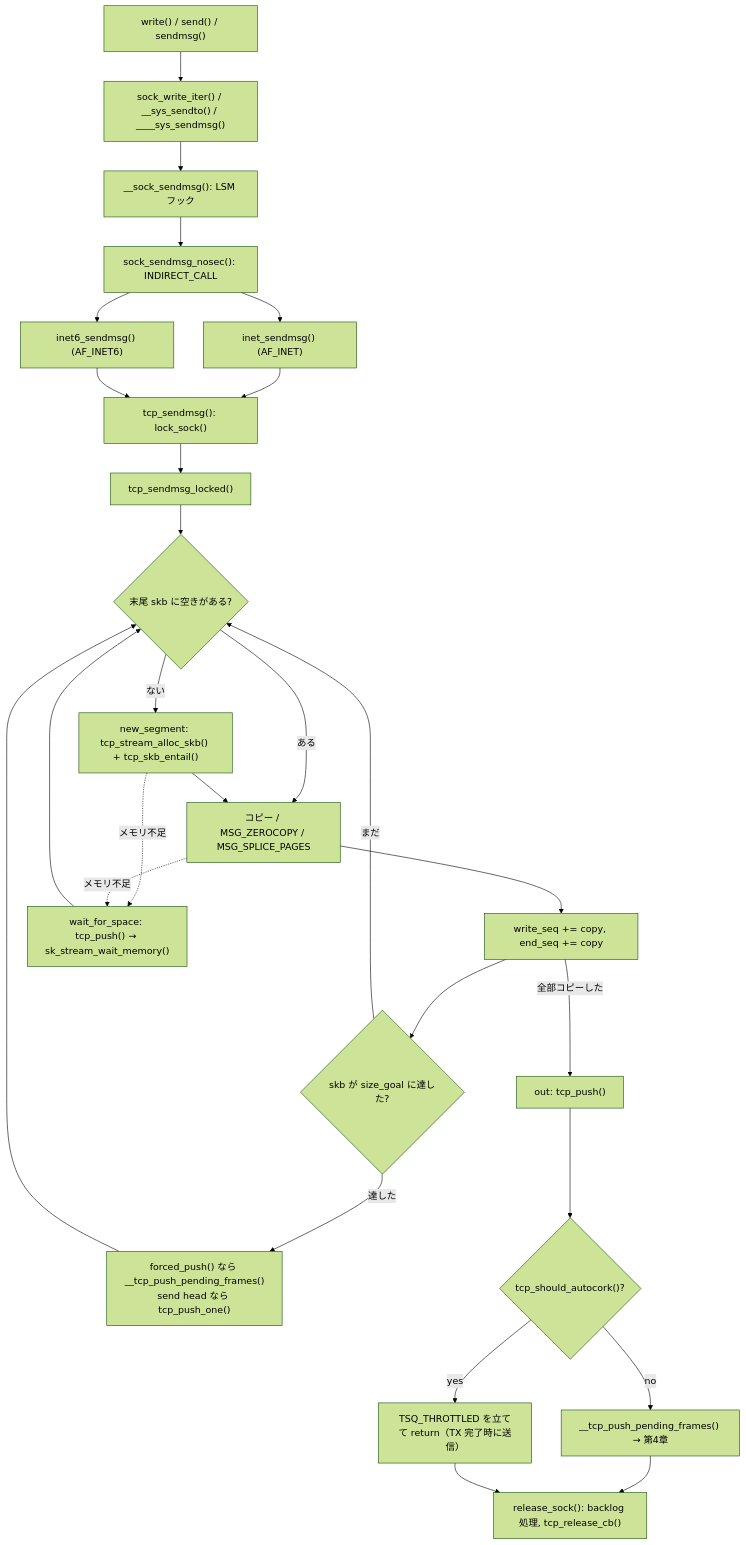
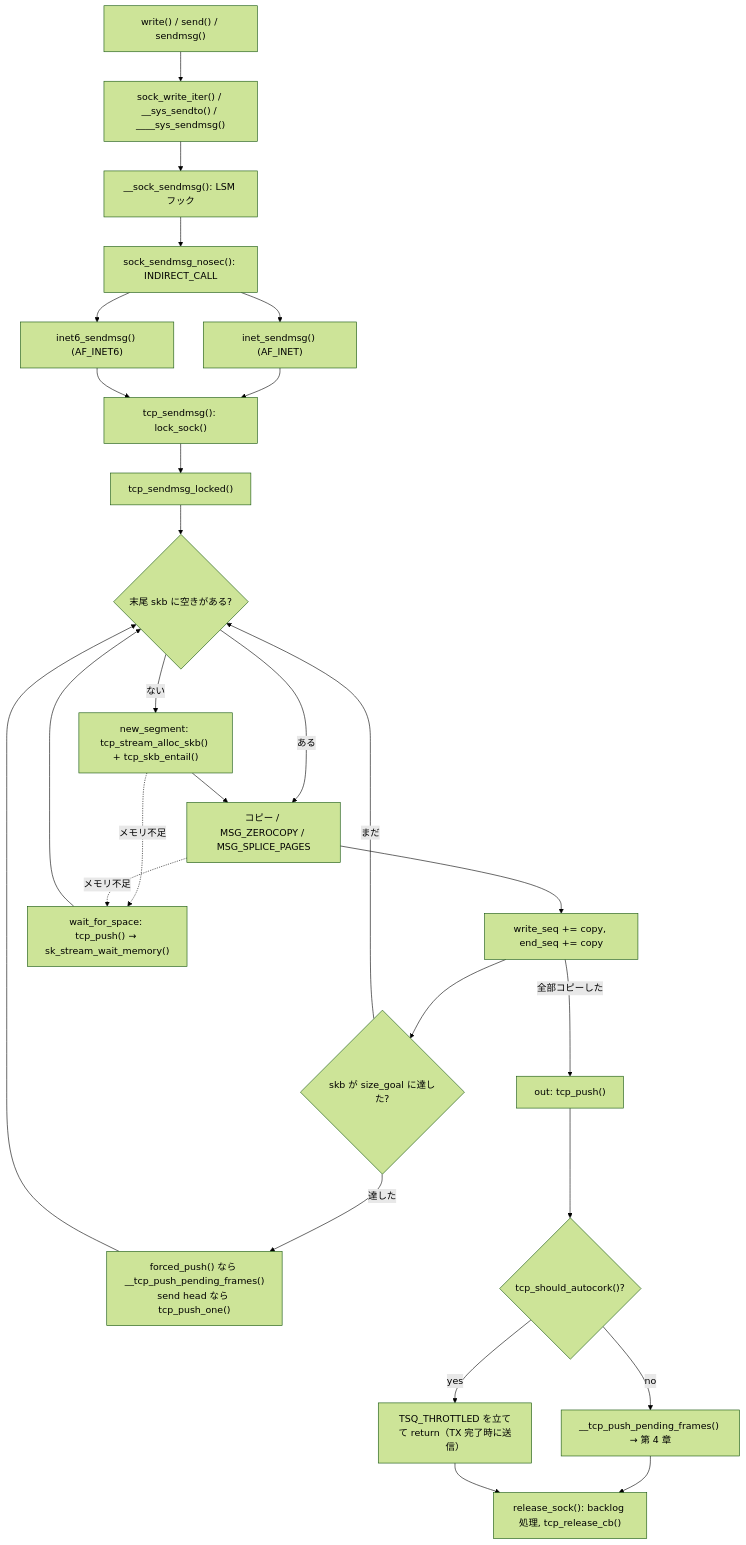
The diagram in ja/03-sendmsg.md (q2ven/tcp-eli5), drawn with Mermaid (forest theme) before and after one commit. The commit also changed other lines of this file and 42 other files, not shown here.

````diff
--- a/ja/03-sendmsg.md
+++ b/ja/03-sendmsg.md
@@ -91,29 +91,29 @@
 ```mermaid
 flowchart TD
     A["write() / send() / sendmsg()"] --> B["sock_write_iter() / __sys_sendto() / ____sys_sendmsg()"]
     B --> C["__sock_sendmsg(): LSM フック"]
     C --> D["sock_sendmsg_nosec(): INDIRECT_CALL"]
     D --> E4["inet_sendmsg() (AF_INET)"]
     D --> E6["inet6_sendmsg() (AF_INET6)"]
     E4 --> F["tcp_sendmsg(): lock_sock()"]
     E6 --> F
     F --> G["tcp_sendmsg_locked()"]
     G --> H{"末尾 skb に空きがある?"}
     H -- "ない" --> I["new_segment: tcp_stream_alloc_skb() + tcp_skb_entail()"]
     H -- "ある" --> J["コピー / MSG_ZEROCOPY / MSG_SPLICE_PAGES"]
     I --> J
     J --> K["write_seq += copy, end_seq += copy"]
     K --> L{"skb が size_goal に達した?"}
     L -- "まだ" --> H
     L -- "達した" --> M["forced_push() なら __tcp_push_pending_frames()<br/>send head なら tcp_push_one()"]
     M --> H
     I -. "メモリ不足" .-> W["wait_for_space: tcp_push() → sk_stream_wait_memory()"]
     J -. "メモリ不足" .-> W
     W --> H
     K -- "全部コピーした" --> O["out: tcp_push()"]
     O --> P{"tcp_should_autocork()?"}
     P -- "yes" --> Q["TSQ_THROTTLED を立てて return（TX 完了時に送信）"]
-    P -- "no" --> R["__tcp_push_pending_frames() → 第4章"]
+    P -- "no" --> R["__tcp_push_pending_frames() → 第 4 章"]
     R --> S["release_sock(): backlog 処理, tcp_release_cb()"]
     Q --> S
 ```
````
